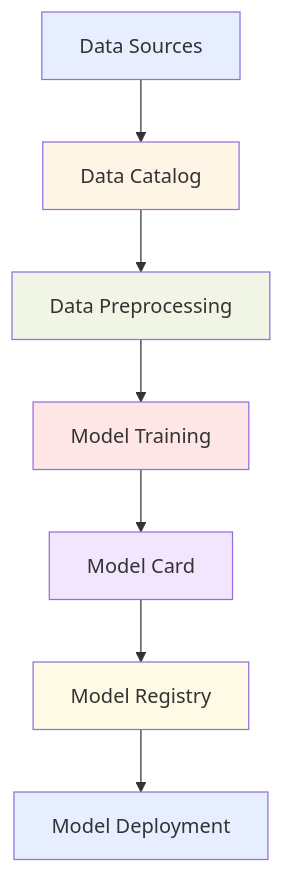
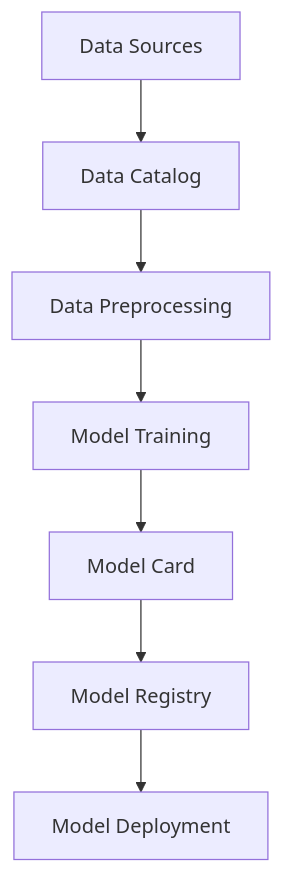
Before and after one commit to CloudCityPress/aws-aif-c01: the fourth of 6 diagrams in english/50_10_Methods_to_secure_AI_systems.md, drawn with Mermaid. The commit also changed other lines of this file and 16 other files, not shown here.

Commit message:
updating Mermaids

````diff
--- a/english/50_10_Methods_to_secure_AI_systems.md
+++ b/english/50_10_Methods_to_secure_AI_systems.md
@@ -137,17 +121,10 @@
 ```mermaid
 flowchart TD
     A[Data Sources] --> B[Data Catalog]
     B --> C[Data Preprocessing]
     C --> D[Model Training]
     D --> E[Model Card]
     E --> F[Model Registry]
     F --> G[Model Deployment]
-    
-    style A fill:#e6eeff
-    style B fill:#fff5e6
-    style C fill:#f0f5e6
-    style D fill:#ffe6e6
-    style E fill:#f2e6ff
-    style F fill:#fffae6
-    style G fill:#e6eeff
+
 ```
````
